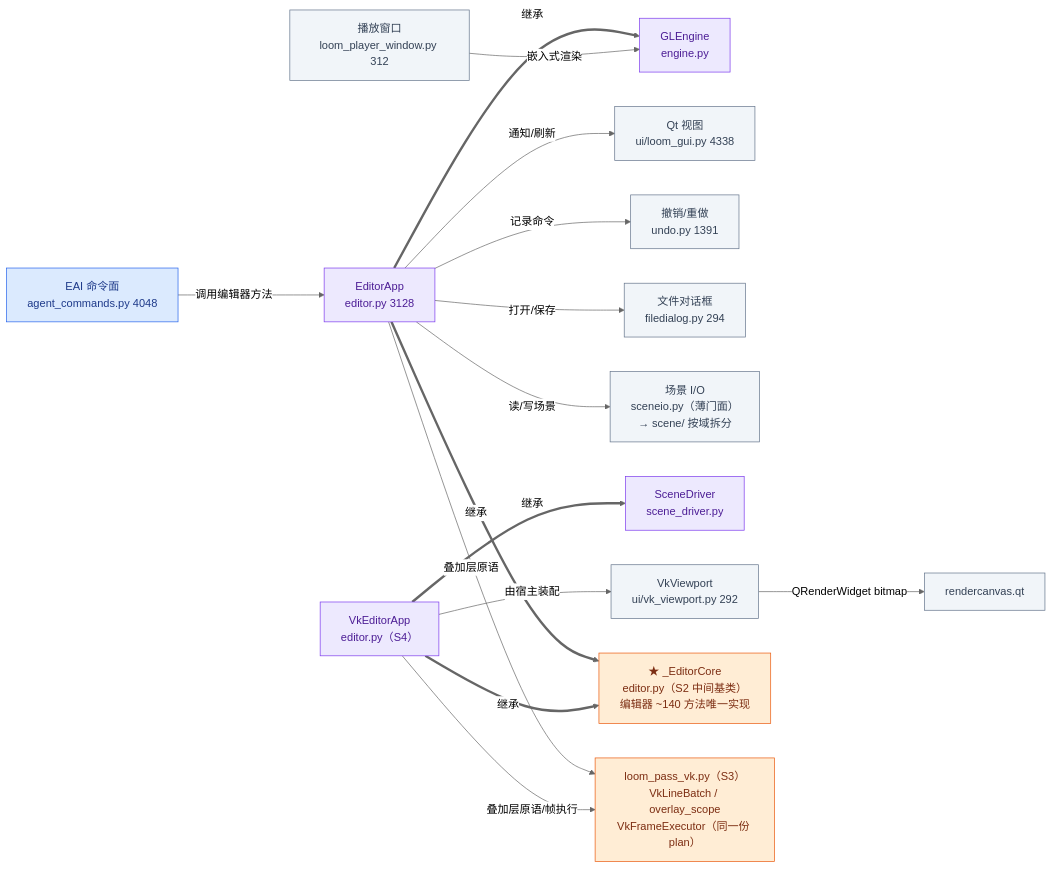
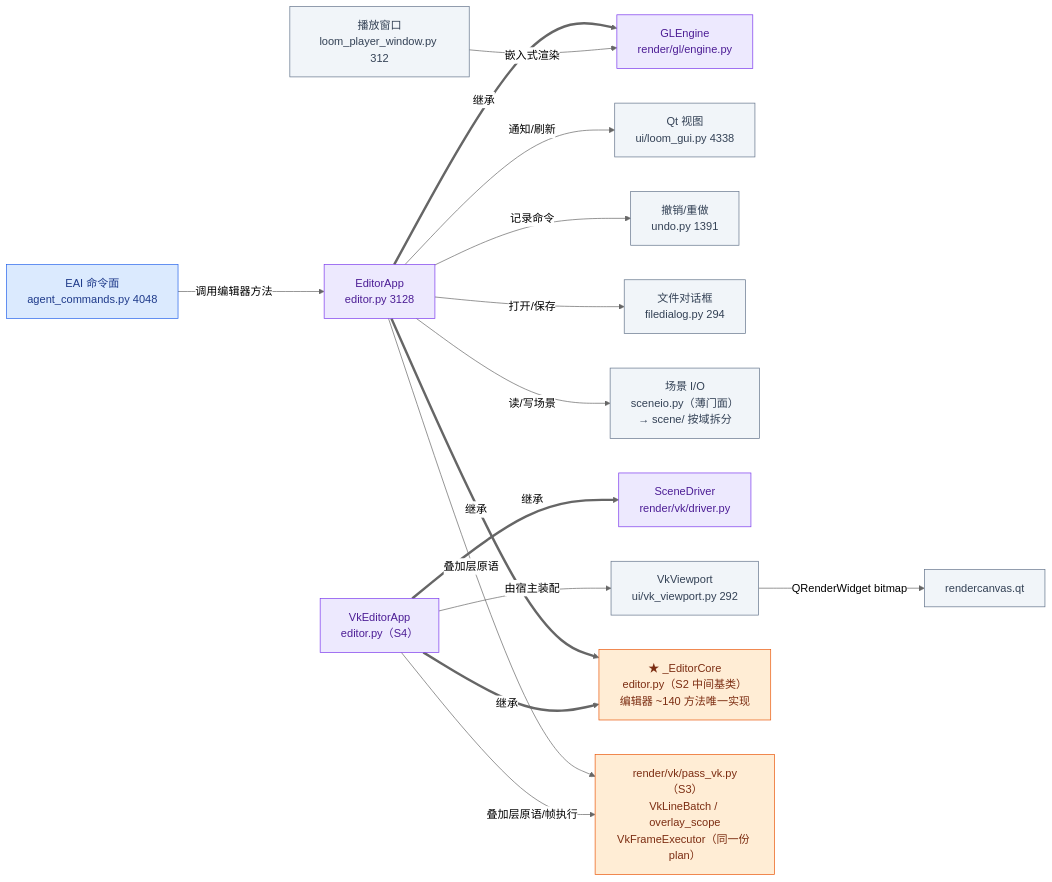
One commit to lhy302/WeaveEngine changed the ninth of 23 diagrams in ARCHITECTURE.md. Above: the diagram before and after it, drawn with Mermaid (neutral theme). The commit also changed other lines of this file and 97 other files, not shown here.

````diff
--- a/ARCHITECTURE.md
+++ b/ARCHITECTURE.md
@@ -409,34 +409,34 @@
 ```mermaid
 flowchart LR
   ED["EditorApp<br/>editor.py 3128"]:::facade
-  GE["GLEngine<br/>engine.py"]:::facade
+  GE["GLEngine<br/>render/gl/engine.py"]:::facade
   V["Qt 视图<br/>ui/loom_gui.py 4338"]:::file
   U["撤销/重做<br/>undo.py 1391"]:::file
   EAI["EAI 命令面<br/>agent_commands.py 4048"]:::entry
   FD["文件对话框<br/>filedialog.py 294"]:::file
   PW["播放窗口<br/>loom_player_window.py 312"]:::file
   S["场景 I/O<br/>sceneio.py（薄门面）<br/>→ scene/ 按域拆分"]:::file
   ED ==>|继承| GE
   ED -->|通知/刷新| V
   VKE["VkEditorApp<br/>editor.py（S4）"]:::facade
-  SDV["SceneDriver<br/>scene_driver.py"]:::facade
+  SDV["SceneDriver<br/>render/vk/driver.py"]:::facade
   VKV["VkViewport<br/>ui/vk_viewport.py 292"]:::file
   COR["★ _EditorCore<br/>editor.py（S2 中间基类）<br/>编辑器 ~140 方法唯一实现"]:::contract
-  LPV["loom_pass_vk.py（S3）<br/>VkLineBatch / overlay_scope<br/>VkFrameExecutor（同一份 plan）"]:::contract
+  LPV["render/vk/pass_vk.py（S3）<br/>VkLineBatch / overlay_scope<br/>VkFrameExecutor（同一份 plan）"]:::contract
   ED ==>|继承| COR
   VKE ==>|继承| COR
   VKE ==>|继承| SDV
   VKE -->|由宿主装配| VKV
   VKV -->|QRenderWidget bitmap| VKW["rendercanvas.qt"]:::file
   ED -->|叠加层原语| LPV
   VKE -->|叠加层原语/帧执行| LPV
   ED -->|记录命令| U
   EAI -->|调用编辑器方法| ED
   ED -->|打开/保存| FD
   ED -->|读/写场景| S
   PW -->|嵌入式渲染| GE
   classDef entry fill:#dbeafe,stroke:#2563eb,color:#1e3a8a
   classDef facade fill:#ede9fe,stroke:#7c3aed,color:#4c1d95
   classDef file fill:#f1f5f9,stroke:#64748b,color:#334155
   classDef contract fill:#ffedd5,stroke:#ea580c,color:#7c2d12
 ```
````
